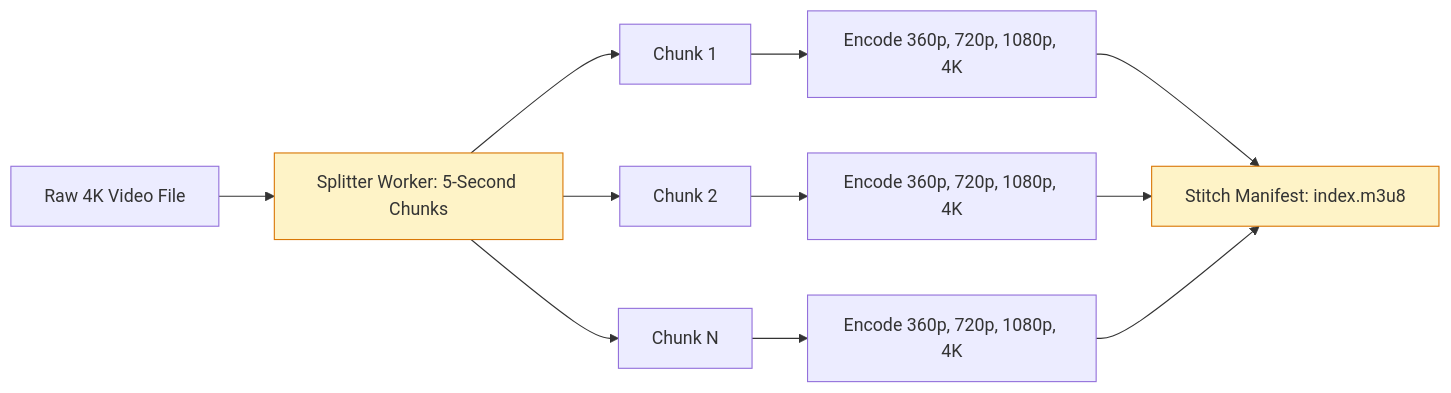
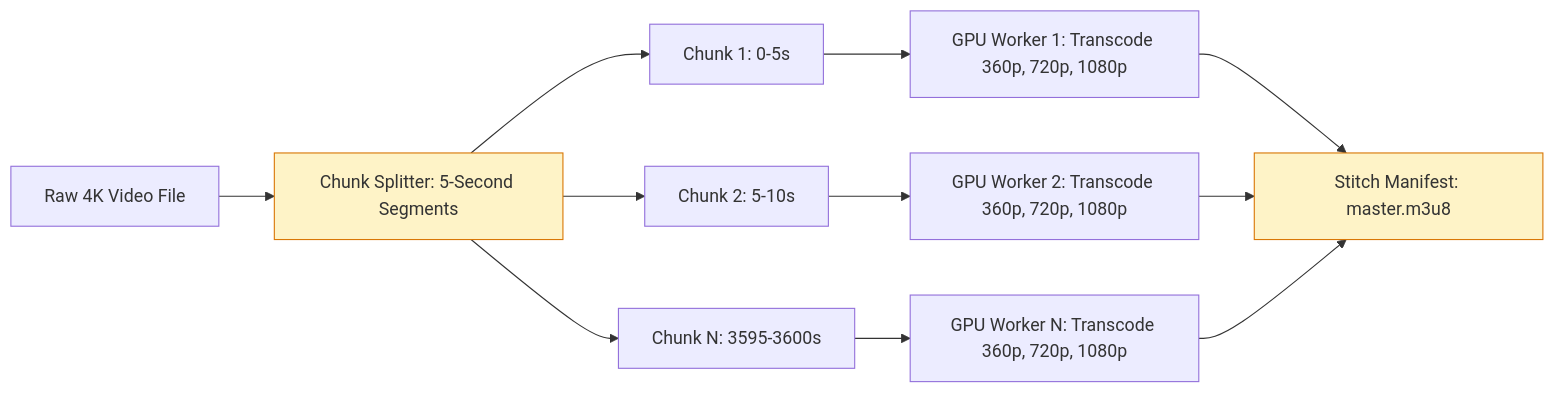
The third of 4 diagrams in 05-real-world-case-studies/03-video-streaming-platform.md (kvai9826/system-design-for-program-managers), drawn with Mermaid before and after one commit. The commit also changed other lines of this file and 30 other files, not shown here.

````diff
--- a/05-real-world-case-studies/03-video-streaming-platform.md
+++ b/05-real-world-case-studies/03-video-streaming-platform.md
@@ -70,17 +175,17 @@
 ```mermaid
 flowchart LR
-    RawFile[Raw 4K Video File] --> Splitter[Splitter Worker: 5-Second Chunks]
+    Raw[Raw 4K Video File] --> Splitter[Chunk Splitter: 5-Second Segments]
     
-    Splitter --> C1[Chunk 1]
-    Splitter --> C2[Chunk 2]
-    Splitter --> CN[Chunk N]
+    Splitter --> C1[Chunk 1: 0-5s]
+    Splitter --> C2[Chunk 2: 5-10s]
+    Splitter --> CN[Chunk N: 3595-3600s]
 
-    C1 --> E1[Encode 360p, 720p, 1080p, 4K]
-    C2 --> E2[Encode 360p, 720p, 1080p, 4K]
-    CN --> EN[Encode 360p, 720p, 1080p, 4K]
+    C1 --> W1[GPU Worker 1: Transcode 360p, 720p, 1080p]
+    C2 --> W2[GPU Worker 2: Transcode 360p, 720p, 1080p]
+    CN --> WN[GPU Worker N: Transcode 360p, 720p, 1080p]
 
-    E1 & E2 & EN --> Merge[Stitch Manifest: index.m3u8]
+    W1 & W2 & WN --> Stitch[Stitch Manifest: master.m3u8]
 
-    classDef pStyle fill:#fef3c7,stroke:#d97706,stroke-width:1px;
-    class Splitter,Merge pStyle;
+    classDef splitStyle fill:#fef3c7,stroke:#d97706,stroke-width:1px;
+    class Splitter,Stitch splitStyle;
 ```
````
